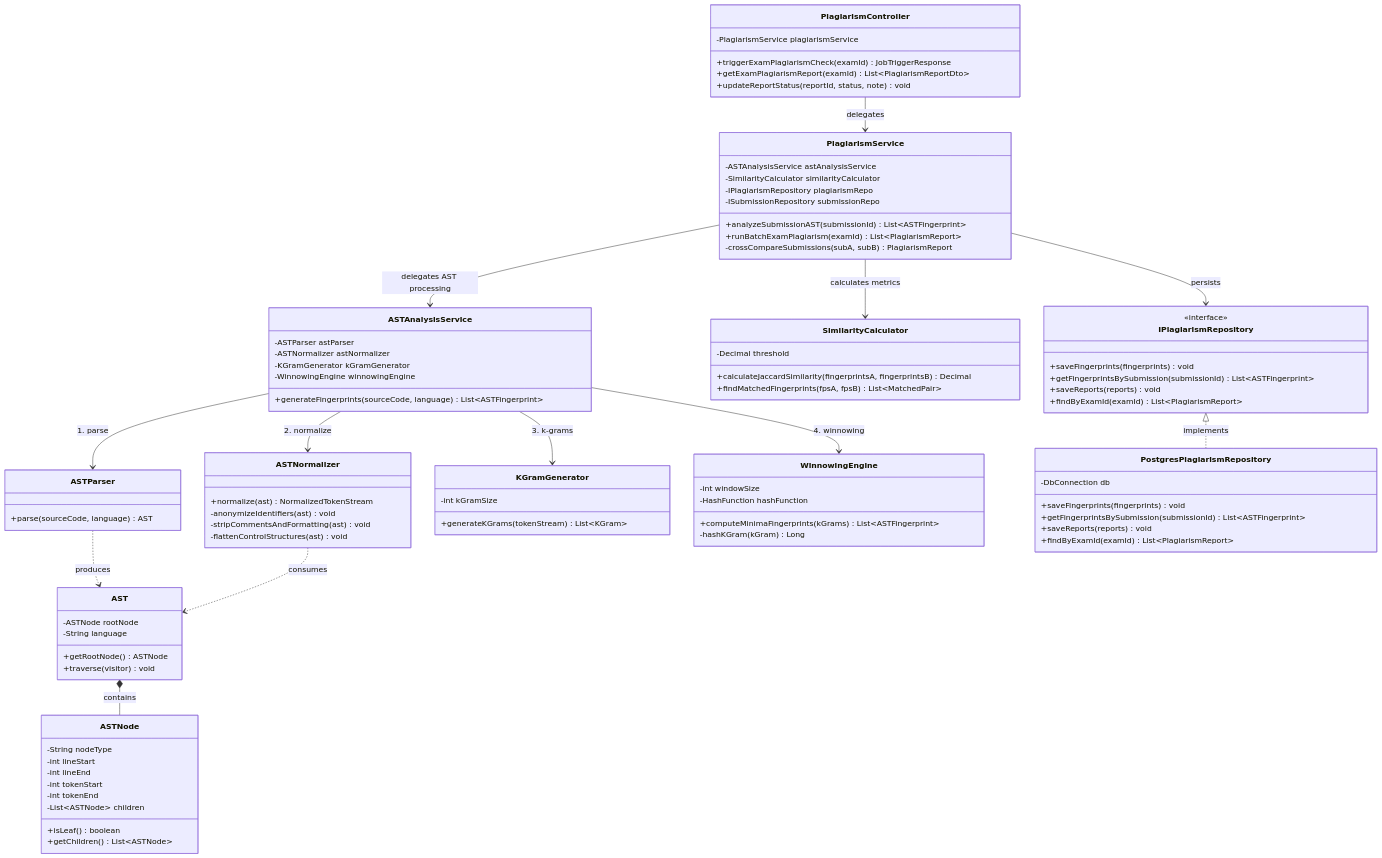
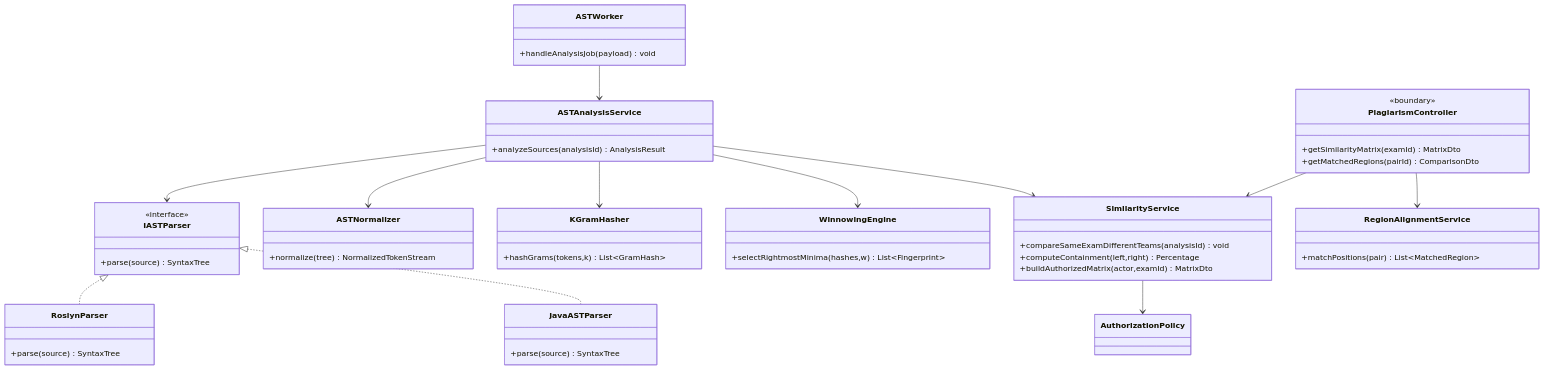
One commit to pthaok6/AITA-Intelligent changed the seventh of 9 diagrams in CLASS_DIAGRAM_DESIGN.md. Above: the diagram before and after it, drawn with Mermaid. The commit also changed other lines of this file and 1 other file, not shown here.

````diff
--- a/CLASS_DIAGRAM_DESIGN.md
+++ b/CLASS_DIAGRAM_DESIGN.md
@@ -357,110 +618,52 @@
 ```mermaid
 classDiagram
-    %% Boundary / Controller
-    class PlagiarismController {
-        -PlagiarismService plagiarismService
-        +triggerExamPlagiarismCheck(examId) JobTriggerResponse
-        +getExamPlagiarismReport(examId) List~PlagiarismReportDto~
-        +updateReportStatus(reportId, status, note) void
-    }
-
-    %% Plagiarism Coordinator Service
-    class PlagiarismService {
-        -ASTAnalysisService astAnalysisService
-        -SimilarityCalculator similarityCalculator
-        -IPlagiarismRepository plagiarismRepo
-        -ISubmissionRepository submissionRepo
-        +analyzeSubmissionAST(submissionId) List~ASTFingerprint~
-        +runBatchExamPlagiarism(examId) List~PlagiarismReport~
-        -crossCompareSubmissions(subA, subB) PlagiarismReport
-    }
-
-    %% Core RBL Pipeline Components
-    class ASTAnalysisService {
-        -ASTParser astParser
-        -ASTNormalizer astNormalizer
-        -KGramGenerator kGramGenerator
-        -WinnowingEngine winnowingEngine
-        +generateFingerprints(sourceCode, language) List~ASTFingerprint~
-    }
-
-    class AST {
-        -ASTNode rootNode
-        -String language
-        +getRootNode() ASTNode
-        +traverse(visitor) void
-    }
-
-    class ASTNode {
-        -String nodeType
-        -int lineStart
-        -int lineEnd
-        -int tokenStart
-        -int tokenEnd
-        -List~ASTNode~ children
-        +isLeaf() boolean
-        +getChildren() List~ASTNode~
-    }
-
-    class ASTParser {
-        +parse(sourceCode, language) AST
-    }
-
-    class ASTNormalizer {
-        +normalize(ast) NormalizedTokenStream
-        -anonymizeIdentifiers(ast) void
-        -stripCommentsAndFormatting(ast) void
-        -flattenControlStructures(ast) void
-    }
-
-    class KGramGenerator {
-        -int kGramSize
-        +generateKGrams(tokenStream) List~KGram~
-    }
-
-    class WinnowingEngine {
-        -int windowSize
-        -HashFunction hashFunction
-        +computeMinimaFingerprints(kGrams) List~ASTFingerprint~
-        -hashKGram(kGram) Long
-    }
-
-    class SimilarityCalculator {
-        -Decimal threshold
-        +calculateJaccardSimilarity(fingerprintsA, fingerprintsB) Decimal
-        +findMatchedFingerprints(fpsA, fpsB) List~MatchedPair~
-    }
-
-    %% Repository Interfaces
-    class IPlagiarismRepository {
-        <<interface>>
-        +saveFingerprints(fingerprints) void
-        +getFingerprintsBySubmission(submissionId) List~ASTFingerprint~
-        +saveReports(reports) void
-        +findByExamId(examId) List~PlagiarismReport~
-    }
-
-    class PostgresPlagiarismRepository {
-        -DbConnection db
-        +saveFingerprints(fingerprints) void
-        +getFingerprintsBySubmission(submissionId) List~ASTFingerprint~
-        +saveReports(reports) void
-        +findByExamId(examId) List~PlagiarismReport~
-    }
-
-    %% Component Dependencies
-    PlagiarismController --> PlagiarismService : delegates
-    PlagiarismService --> ASTAnalysisService : delegates AST processing
-    PlagiarismService --> SimilarityCalculator : calculates metrics
-    PlagiarismService --> IPlagiarismRepository : persists
-    
-    ASTAnalysisService --> ASTParser : 1. parse
-    ASTAnalysisService --> ASTNormalizer : 2. normalize
-    ASTAnalysisService --> KGramGenerator : 3. k-grams
-    ASTAnalysisService --> WinnowingEngine : 4. winnowing
-    ASTParser ..> AST : produces
-    AST *-- ASTNode : contains
-    ASTNormalizer ..> AST : consumes
-    
-    IPlagiarismRepository <|.. PostgresPlagiarismRepository : implements
+  class PlagiarismController {
+    <<boundary>>
+    +getSimilarityMatrix(examId) MatrixDto
+    +getMatchedRegions(pairId) ComparisonDto
+  }
+  class ASTWorker {
+    +handleAnalysisJob(payload) void
+  }
+  class ASTAnalysisService {
+    +analyzeSources(analysisId) AnalysisResult
+  }
+  class IASTParser {
+    <<interface>>
+    +parse(source) SyntaxTree
+  }
+  class RoslynParser {
+    +parse(source) SyntaxTree
+  }
+  class JavaASTParser {
+    +parse(source) SyntaxTree
+  }
+  class ASTNormalizer {
+    +normalize(tree) NormalizedTokenStream
+  }
+  class KGramHasher {
+    +hashGrams(tokens,k) List~GramHash~
+  }
+  class WinnowingEngine {
+    +selectRightmostMinima(hashes,w) List~Fingerprint~
+  }
+  class SimilarityService {
+    +compareSameExamDifferentTeams(analysisId) void
+    +computeContainment(left,right) Percentage
+    +buildAuthorizedMatrix(actor,examId) MatrixDto
+  }
+  class RegionAlignmentService {
+    +matchPositions(pair) List~MatchedRegion~
+  }
+  ASTWorker --> ASTAnalysisService
+  ASTAnalysisService --> IASTParser
+  IASTParser <|.. RoslynParser
+  IASTParser <|.. JavaASTParser
+  ASTAnalysisService --> ASTNormalizer
+  ASTAnalysisService --> KGramHasher
+  ASTAnalysisService --> WinnowingEngine
+  ASTAnalysisService --> SimilarityService
+  PlagiarismController --> SimilarityService
+  PlagiarismController --> RegionAlignmentService
+  SimilarityService --> AuthorizationPolicy
 ```
````
